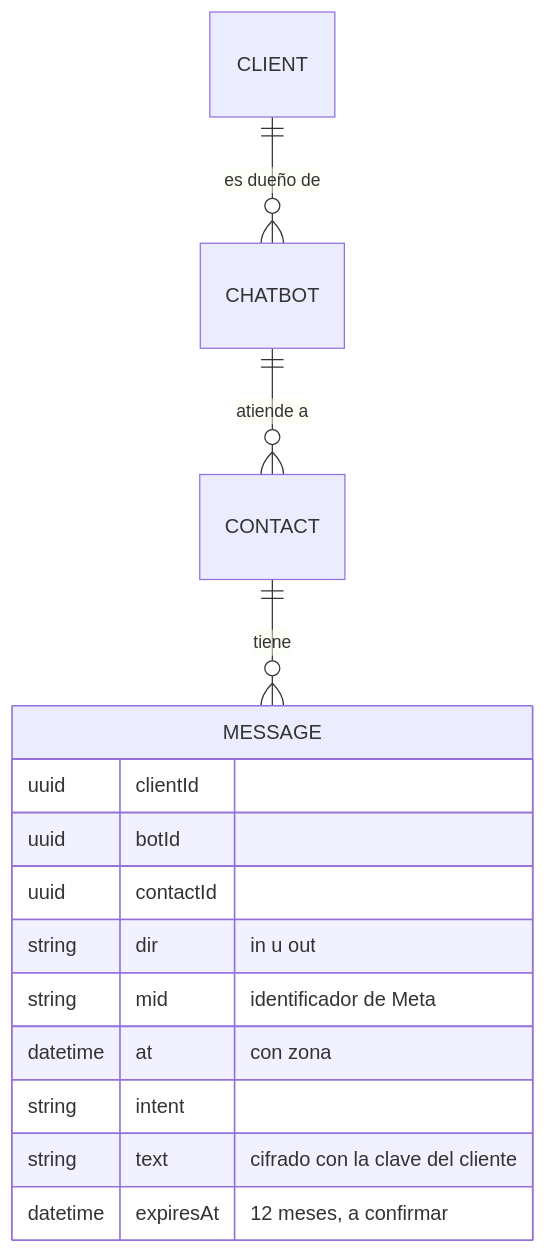
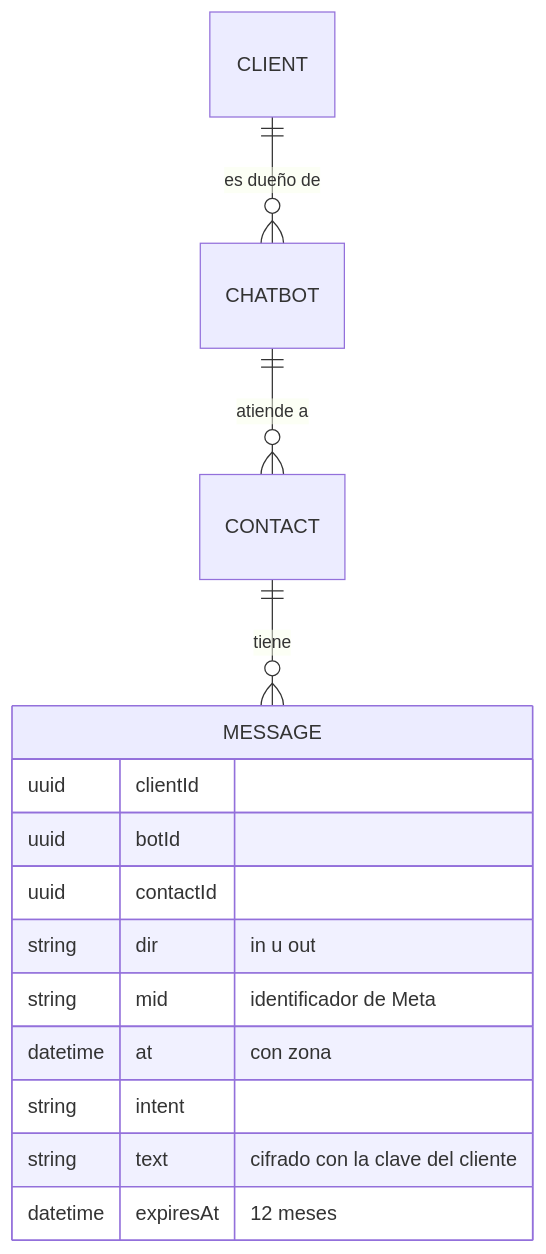
Before and after one commit to jeremialcala/wh-python-fastapi-messenger: the second of 2 diagrams in docs/00-project/adr/0017-contexto-de-conversacion-e-historial.md, drawn with Mermaid. The commit also changed other lines of this file and 7 other files, not shown here.

````diff
--- a/docs/00-project/adr/0017-contexto-de-conversacion-e-historial.md
+++ b/docs/00-project/adr/0017-contexto-de-conversacion-e-historial.md
@@ -130,17 +130,17 @@
 ```mermaid
 erDiagram
     CLIENT ||--o{ CHATBOT : "es dueño de"
     CHATBOT ||--o{ CONTACT : "atiende a"
     CONTACT ||--o{ MESSAGE : "tiene"
     MESSAGE {
         uuid clientId
         uuid botId
         uuid contactId
         string dir "in u out"
         string mid "identificador de Meta"
         datetime at "con zona"
         string intent
         string text "cifrado con la clave del cliente"
-        datetime expiresAt "12 meses, a confirmar"
+        datetime expiresAt "12 meses"
     }
 ```
````
